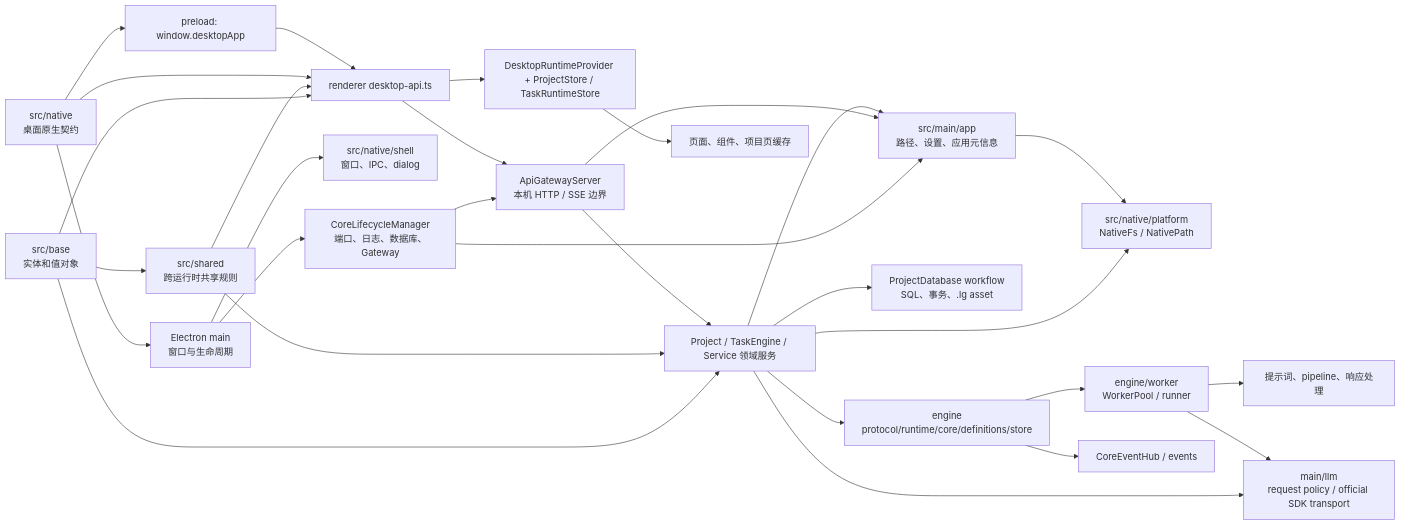
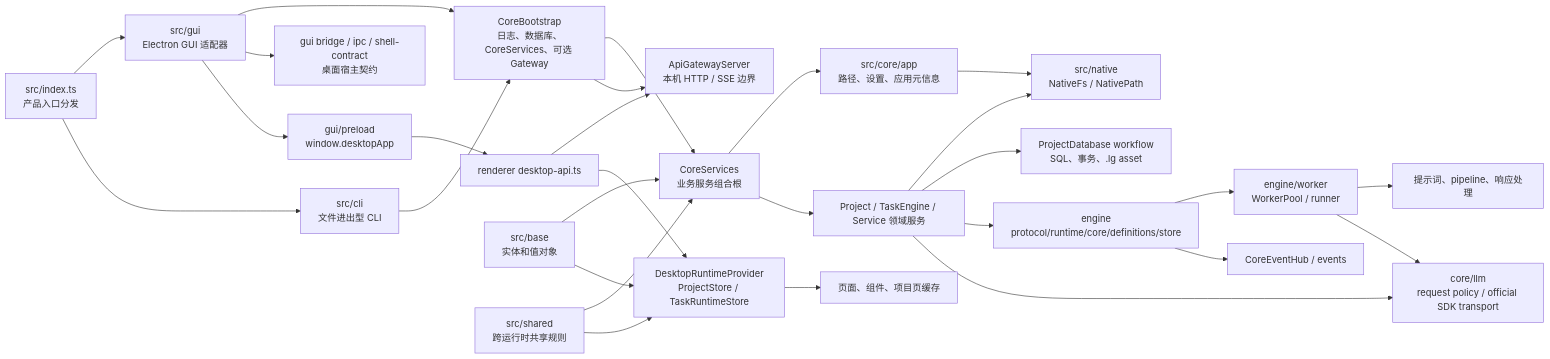
The first of 4 diagrams in docs/ARCHITECTURE.md (neavo/LinguaGacha), drawn with Mermaid before and after one commit. The commit also changed other lines of this file and 400 other files, not shown here.

Commit message:
feat(cli): 新增 CLI 模式并重组 Core 分层

````diff
--- a/docs/ARCHITECTURE.md
+++ b/docs/ARCHITECTURE.md
@@ -19,31 +17,30 @@
 ```mermaid
 flowchart LR
-  N["src/base<br/>实体和值对象"] --> D
-  N --> J
-  N --> S["src/shared<br/>跨运行时共享规则"]
-  S --> D
-  S --> J
-  X["src/native<br/>桌面原生契约"] --> A
-  X --> I
-  X --> J
-  A["Electron main<br/>窗口与生命周期"] --> Y["src/native/shell<br/>窗口、IPC、dialog"]
-  A --> B["CoreLifecycleManager<br/>端口、日志、数据库、Gateway"]
-  B --> R["src/main/app<br/>路径、设置、应用元信息"]
-  B --> C["ApiGatewayServer<br/>本机 HTTP / SSE 边界"]
-  C --> R
-  C --> D["Project / TaskEngine / Service 领域服务"]
-  D --> R
-  D --> P["src/native/platform<br/>NativeFs / NativePath"]
-  R --> P
-  D --> E["ProjectDatabase workflow<br/>SQL、事务、.lg asset"]
-  D --> F["engine<br/>protocol/runtime/core/definitions/store"]
-  D --> Q["main/llm<br/>request policy / official SDK transport"]
-  F --> G["engine/worker<br/>WorkerPool / runner"]
-  G --> H["提示词、pipeline、响应处理"]
-  G --> Q
-  F --> M["CoreEventHub / events"]
-  I["preload: window.desktopApp"] --> J["renderer desktop-api.ts"]
-  J --> C
-  J --> K["DesktopRuntimeProvider + ProjectStore / TaskRuntimeStore"]
-  K --> L["页面、组件、项目页缓存"]
+  Entry["src/index.ts<br/>产品入口分发"] --> GUI["src/gui<br/>Electron GUI 适配器"]
+  Entry --> CLI["src/cli<br/>文件进出型 CLI"]
+  GUI --> Boot["CoreBootstrap<br/>日志、数据库、CoreServices、可选 Gateway"]
+  CLI --> Boot
+  Boot --> Services["CoreServices<br/>业务服务组合根"]
+  Boot --> API["ApiGatewayServer<br/>本机 HTTP / SSE 边界"]
+  GUI --> Bridge["gui bridge / ipc / shell-contract<br/>桌面宿主契约"]
+  GUI --> Preload["gui/preload<br/>window.desktopApp"]
+  Preload --> RendererApi["renderer desktop-api.ts"]
+  RendererApi --> API
+  RendererApi --> Store["DesktopRuntimeProvider<br/>ProjectStore / TaskRuntimeStore"]
+  Store --> Pages["页面、组件、项目页缓存"]
+  Base["src/base<br/>实体和值对象"] --> Services
+  Base --> Store
+  Shared["src/shared<br/>跨运行时共享规则"] --> Services
+  Shared --> Store
+  Services --> App["src/core/app<br/>路径、设置、应用元信息"]
+  Services --> Project["Project / TaskEngine / Service 领域服务"]
+  Project --> Platform["src/native<br/>NativeFs / NativePath"]
+  App --> Platform
+  Project --> DB["ProjectDatabase workflow<br/>SQL、事务、.lg asset"]
+  Project --> Engine["engine<br/>protocol/runtime/core/definitions/store"]
+  Project --> LLM["core/llm<br/>request policy / official SDK transport"]
+  Engine --> Worker["engine/worker<br/>WorkerPool / runner"]
+  Worker --> Pipeline["提示词、pipeline、响应处理"]
+  Worker --> LLM
+  Engine --> Events["CoreEventHub / events"]
 ```
````
